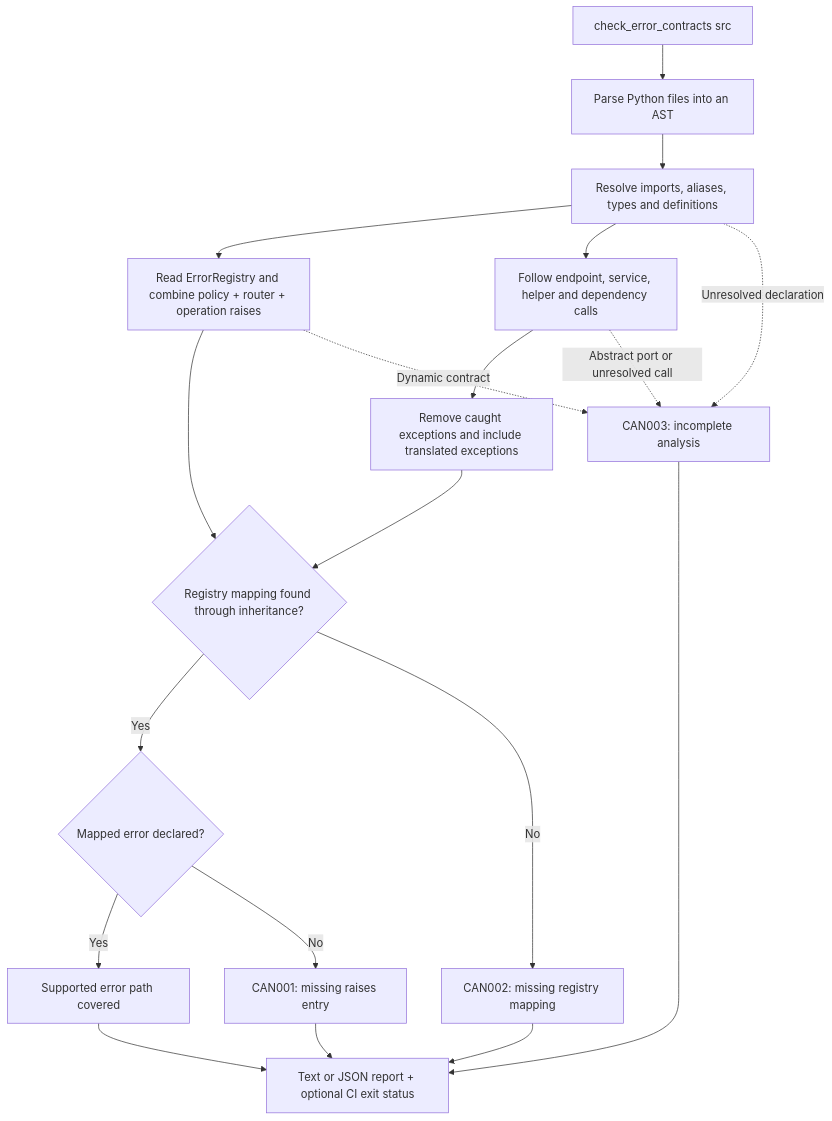
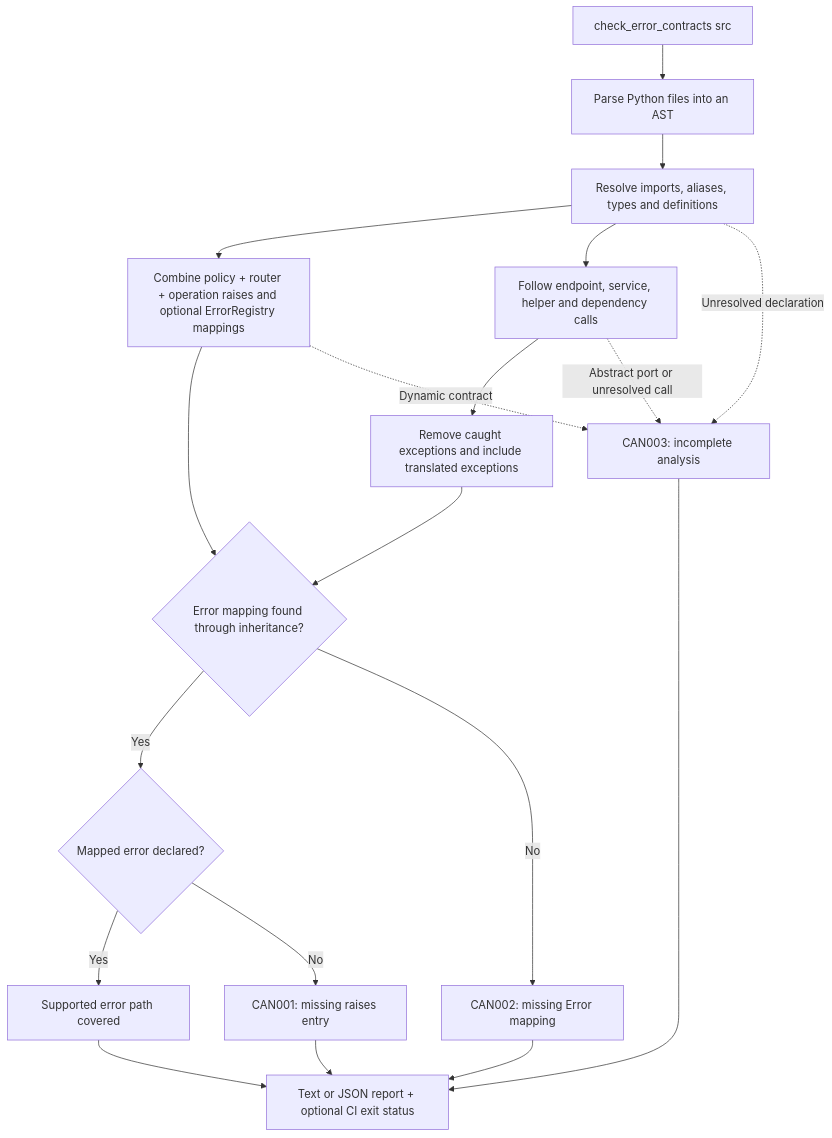
The diagram in docs/error-checking.md (mathisarends/fastapi-canon), drawn with Mermaid before and after one commit. The commit also changed other lines of this file and 37 other files, not shown here.

Commit message:
feat!: register errors through raises and unify SSE declarations

````diff
--- a/docs/error-checking.md
+++ b/docs/error-checking.md
@@ -32,21 +32,21 @@
 ```mermaid
 flowchart TD
     CLI["check_error_contracts src"] --> AST["Parse Python files into an AST"]
     AST --> INDEX["Resolve imports, aliases, types and definitions"]
-    INDEX --> CONTRACT["Read ErrorRegistry and combine policy + router + operation raises"]
+    INDEX --> CONTRACT["Combine policy + router + operation raises and optional ErrorRegistry mappings"]
     INDEX --> CALLS["Follow endpoint, service, helper and dependency calls"]
     CALLS --> HANDLING["Remove caught exceptions and include translated exceptions"]
-    HANDLING --> MATCH{"Registry mapping found through inheritance?"}
+    HANDLING --> MATCH{"Error mapping found through inheritance?"}
     CONTRACT --> MATCH
     MATCH -->|Yes| COMPARE{"Mapped error declared?"}
     COMPARE -->|Yes| COVERED["Supported error path covered"]
     COMPARE -->|No| MISSING["CAN001: missing raises entry"]
-    MATCH -->|No| UNMAPPED["CAN002: missing registry mapping"]
+    MATCH -->|No| UNMAPPED["CAN002: missing Error mapping"]
     INDEX -.->|Unresolved declaration| UNKNOWN["CAN003: incomplete analysis"]
     CONTRACT -.->|Dynamic contract| UNKNOWN
     CALLS -.->|Abstract port or unresolved call| UNKNOWN
     COVERED --> REPORT["Text or JSON report + optional CI exit status"]
     MISSING --> REPORT
     UNMAPPED --> REPORT
     UNKNOWN --> REPORT
 ```
````
